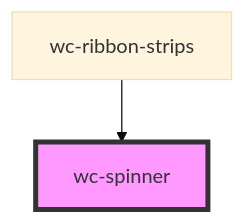
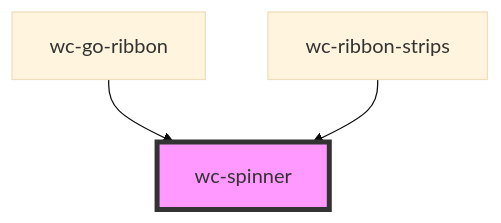
Before and after one commit to geneontology/web-components: the diagram in src/components/go-spinner/readme.md, drawn with Mermaid (base theme). The commit also changed other lines of this file and 12 other files, not shown here.

````diff
--- a/src/components/go-spinner/readme.md
+++ b/src/components/go-spinner/readme.md
@@ -21,5 +22,6 @@
 ```mermaid
 graph TD;
+  wc-go-ribbon --> wc-spinner
   wc-ribbon-strips --> wc-spinner
   style wc-spinner fill:#f9f,stroke:#333,stroke-width:4px
 ```
````
